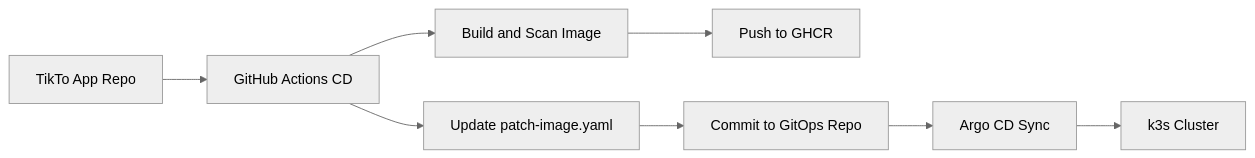
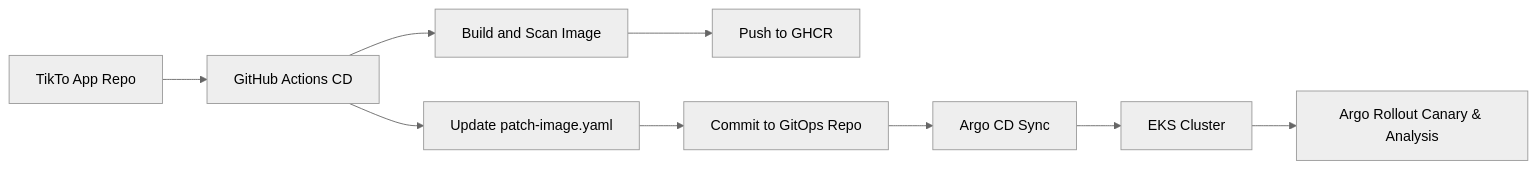
Before and after one commit to flavoriy/gitops-manifest: the diagram in README.md, drawn with Mermaid (neutral theme). The commit also changed other lines of this file, not shown here.

Commit message:
docs: update gitops-specific README with canary and argo rollouts troubleshooting

````diff
--- a/README.md
+++ b/README.md
@@ -82,10 +9,11 @@
 ```mermaid
 flowchart LR
     AppRepo[TikTo App Repo] --> CD[GitHub Actions CD]
     CD --> Image[Build and Scan Image]
     Image --> GHCR[Push to GHCR]
     CD --> Patch[Update patch-image.yaml]
-    Patch --> Git[Commit to GitOps Repo]
-    Git --> Argo[Argo CD Sync]
-    Argo --> K8s[k3s Cluster]
+    Patch --> GitOps[Commit to GitOps Repo]
+    GitOps --> Argo[Argo CD Sync]
+    Argo --> K8s[EKS Cluster]
+    K8s --> Rollout[Argo Rollout Canary & Analysis]
 ```
````
